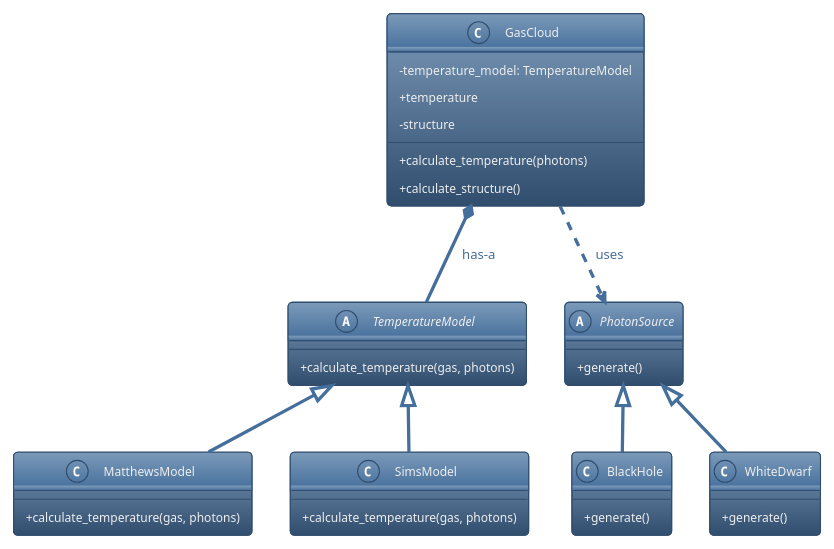
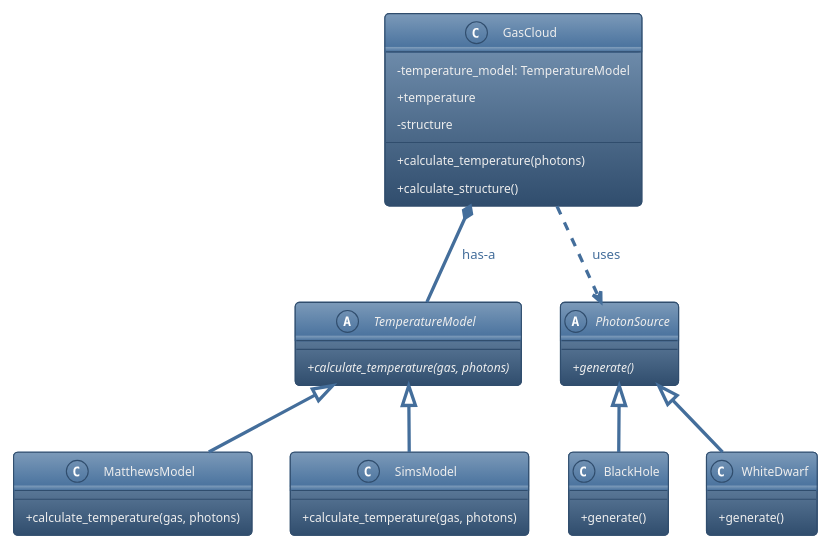
Diagram 16 of 16 in courses/object_oriented/main.md (OxfordRSE/training-course-slides), drawn with PlantUML before and after one commit. The commit also changed other lines of this file, not shown here.

````diff
--- a/courses/object_oriented/main.md
+++ b/courses/object_oriented/main.md
@@ -907,44 +910,44 @@
 ```plantuml
 @startuml
 !theme spacelab
 skinparam classAttributeIconSize 0
 skinparam ArrowFontColor #446e9b
 scale 0.84
 
 abstract class TemperatureModel {
-  +calculate_temperature(gas, photons)
+  {abstract} +calculate_temperature(gas, photons)
 }
 class MatthewsModel {
   +calculate_temperature(gas, photons)
 }
 class SimsModel {
   +calculate_temperature(gas, photons)
 }
 
 abstract class PhotonSource {
-  +generate()
+  {abstract} +generate()
 }
 class BlackHole {
   +generate()
 }
 class WhiteDwarf {
   +generate()
 }
 
 class GasCloud {
   -temperature_model: TemperatureModel
   +temperature
   -structure
   +calculate_temperature(photons)
   +calculate_structure()
 }
 
 TemperatureModel <|-- MatthewsModel
 TemperatureModel <|-- SimsModel
 PhotonSource <|-- BlackHole
 PhotonSource <|-- WhiteDwarf
 
 GasCloud *-- TemperatureModel : has-a
 GasCloud ..> PhotonSource : uses
 @enduml
 ```
````
